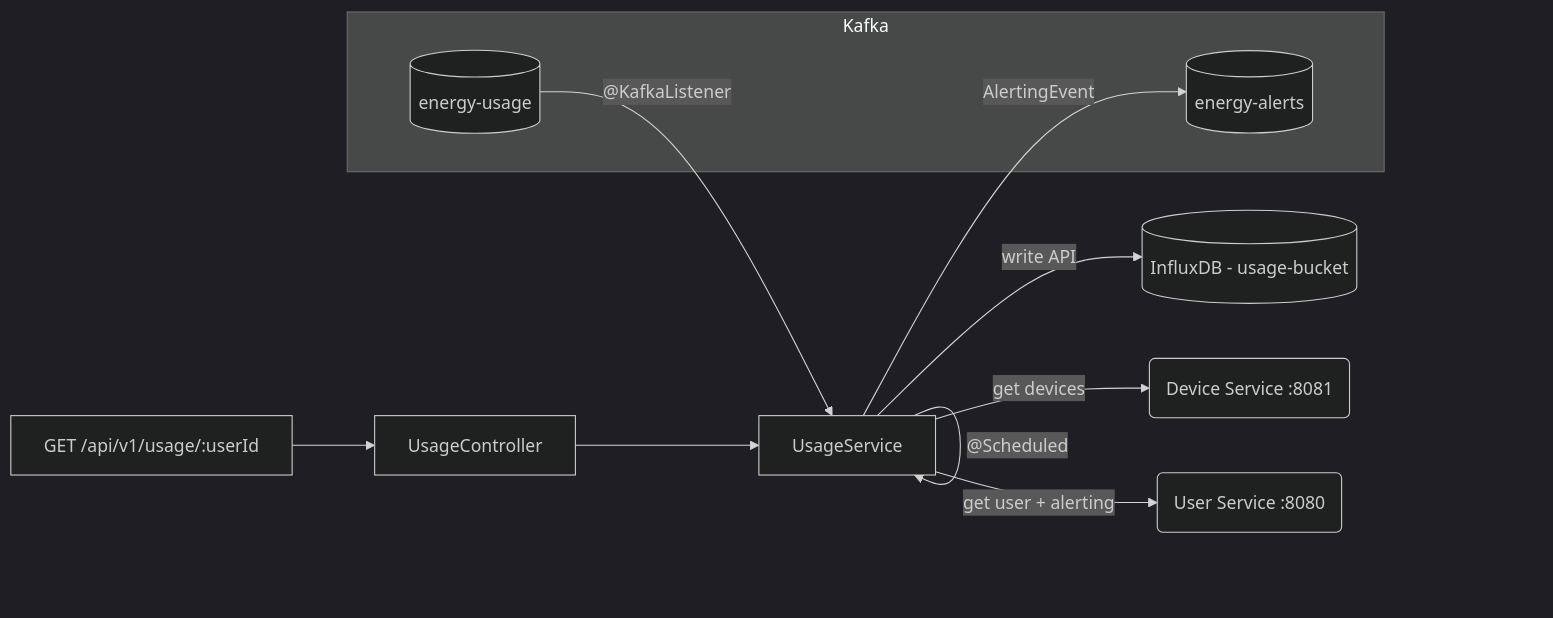
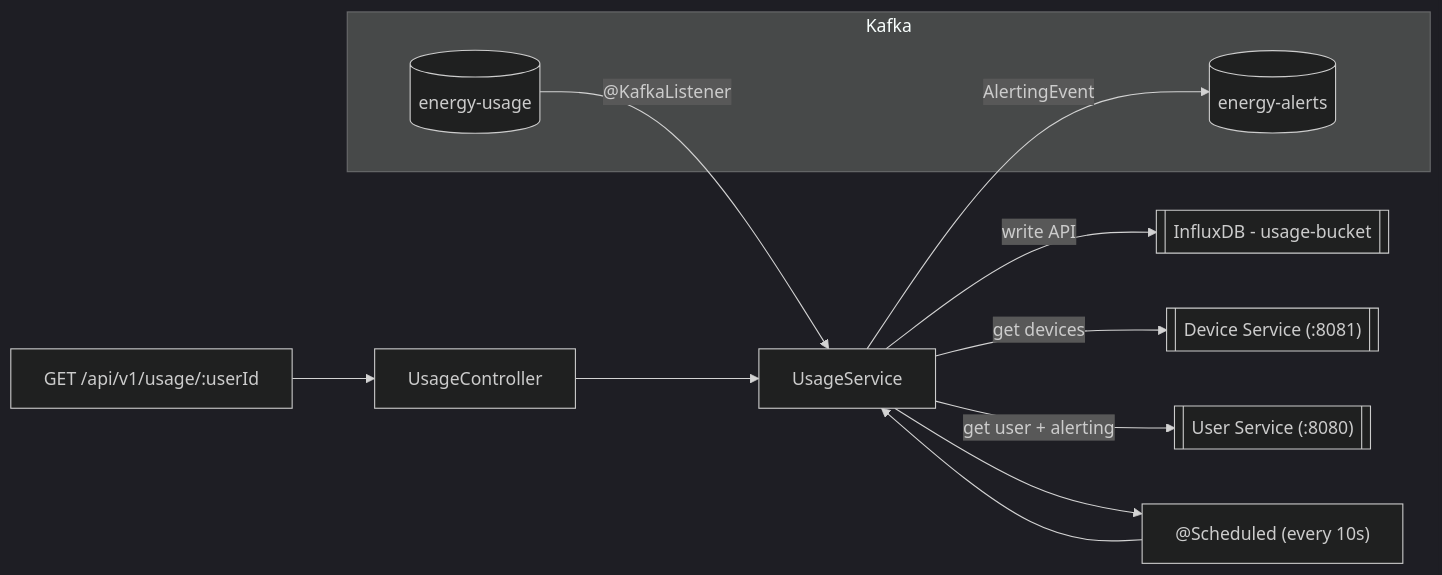
One commit to PagarciaSima/ENERGY_TRACKER_MICROSERVICES changed the diagram in usage-service/README.md. Above: the diagram before and after it, drawn with Mermaid (dark theme). The commit also changed 5 other files, not shown here.

````diff
--- a/usage-service/README.md
+++ b/usage-service/README.md
@@ -33,20 +33,22 @@
 ```mermaid
 flowchart LR
     subgraph Kafka
         TopicUsg[(energy-usage)]
         TopicAlr[(energy-alerts)]
     end
 
-    UsgDB[(InfluxDB - usage-bucket)]
-    RepoDev(Device Service :8081)
-    RepoUsr(User Service :8080)
+    UsgDB[["InfluxDB - usage-bucket"]]
+    RepoDev[["Device Service (:8081)"]]
+    RepoUsr[["User Service (:8080)"]]
 
     TopicUsg -->|"@KafkaListener"| Svc[UsageService]
     Svc -->|write API| UsgDB
-    Svc -->|"@Scheduled"| Svc
+    Sched["@Scheduled (every 10s)"]
+    Svc --> Sched
+    Sched --> Svc
     Svc -->|get devices| RepoDev
     Svc -->|get user + alerting| RepoUsr
     Svc -->|AlertingEvent| TopicAlr
 
     REST[GET /api/v1/usage/:userId] --> Ctrl[UsageController] --> Svc
 ```
````
